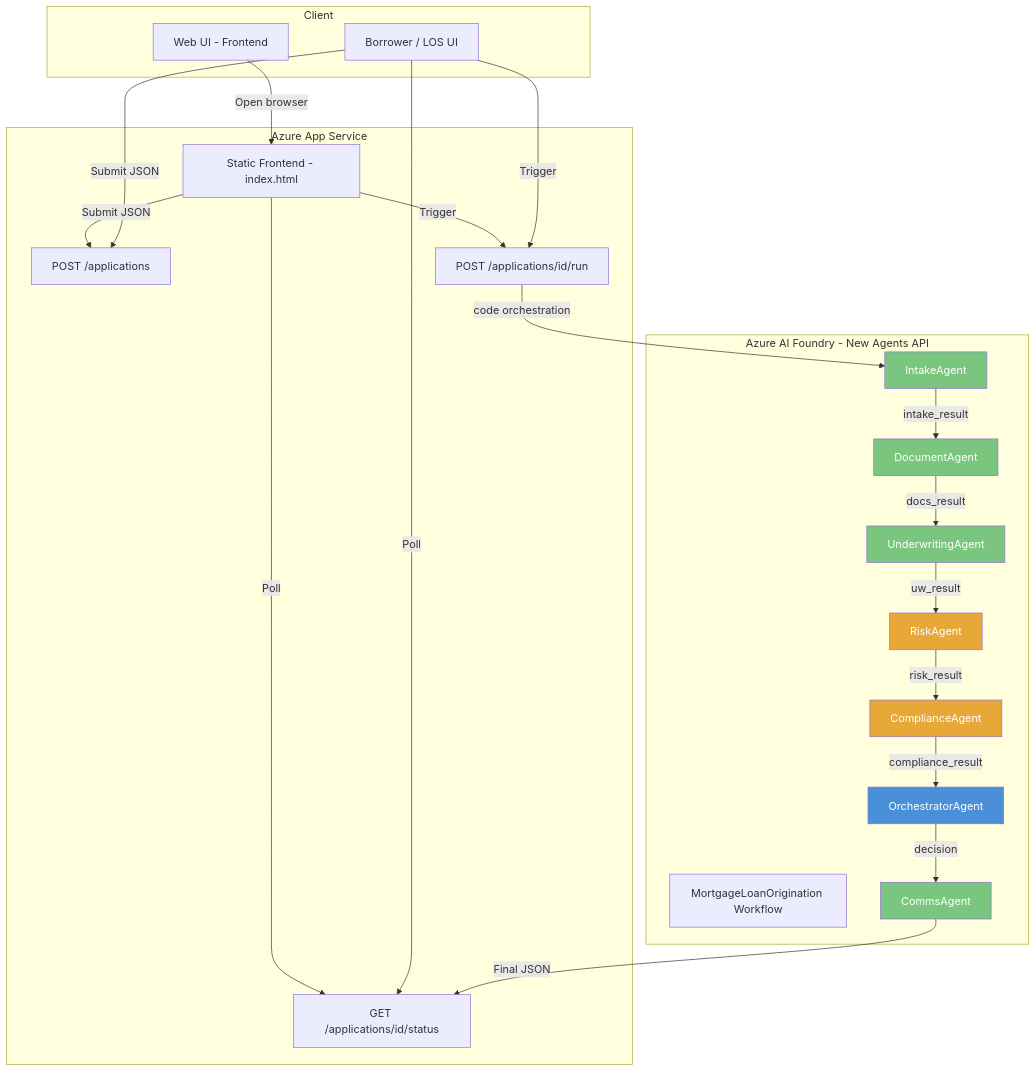
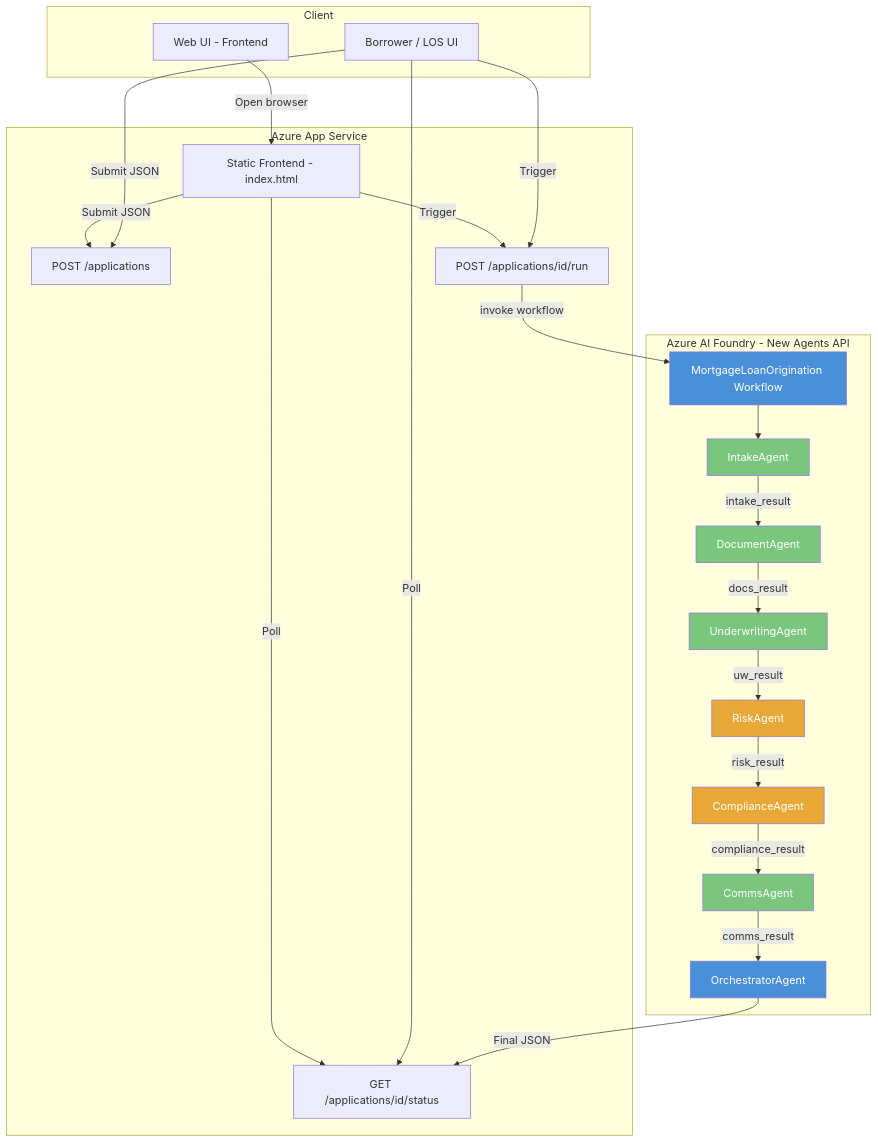
The first of 3 diagrams in README.md (sandyshd/Mortgage-Loan-Multi-Agent-Workflow), drawn with Mermaid before and after one commit. The commit also changed other lines of this file and 1 other file, not shown here.

Commit message:
Fix agent flow order to match Foundry workflow: Comms before Orchestrator

````diff
--- a/README.md
+++ b/README.md
@@ -9,52 +9,54 @@
 ```mermaid
 flowchart TD
     subgraph Client
         FE[Web UI - Frontend]
         A[Borrower / LOS UI]
     end
 
     subgraph Azure App Service
         FE2[Static Frontend - index.html]
         B[POST /applications]
         C[POST /applications/id/run]
         D[GET /applications/id/status]
     end
 
     subgraph Azure AI Foundry - New Agents API
         WF[MortgageLoanOrigination Workflow]
-        O[OrchestratorAgent]
         I[IntakeAgent]
         DOC[DocumentAgent]
         UW[UnderwritingAgent]
         R[RiskAgent]
         CO[ComplianceAgent]
         CM[CommsAgent]
+        O[OrchestratorAgent]
     end
 
     FE -->|Open browser| FE2
     FE2 -->|Submit JSON| B
     FE2 -->|Trigger| C
     FE2 -->|Poll| D
     A -->|Submit JSON| B
     A -->|Trigger| C
     A -->|Poll| D
 
-    C -->|code orchestration| I
+    C -->|invoke workflow| WF
+    WF --> I
 
     I -->|intake_result| DOC
     DOC -->|docs_result| UW
     UW -->|uw_result| R
     R -->|risk_result| CO
-    CO -->|compliance_result| O
-    O -->|decision| CM
+    CO -->|compliance_result| CM
+    CM -->|comms_result| O
 
-    CM -->|Final JSON| D
+    O -->|Final JSON| D
 
-    style O fill:#4A90D9,color:#fff
+    style WF fill:#4A90D9,color:#fff
     style I fill:#7BC67E,color:#fff
     style DOC fill:#7BC67E,color:#fff
     style UW fill:#7BC67E,color:#fff
     style R fill:#E8A838,color:#fff
     style CO fill:#E8A838,color:#fff
     style CM fill:#7BC67E,color:#fff
+    style O fill:#4A90D9,color:#fff
 ```
````
